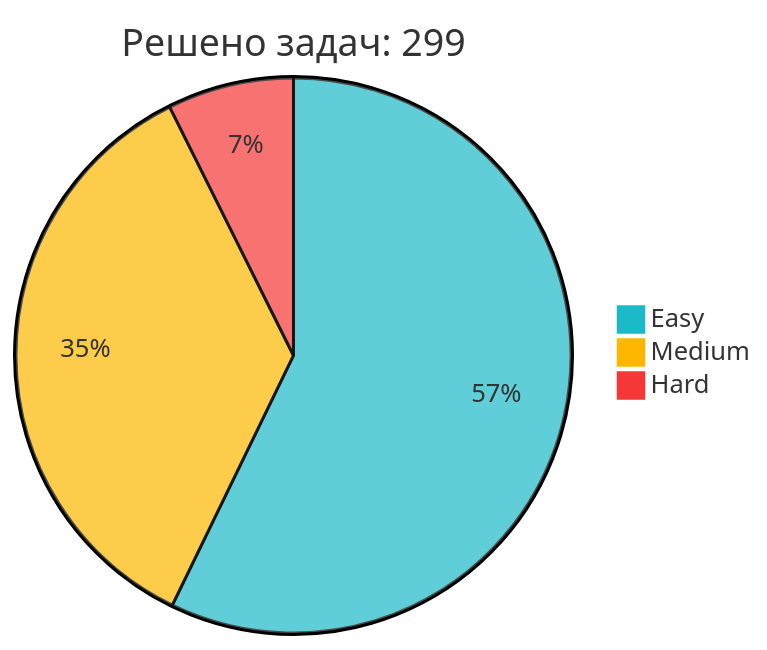
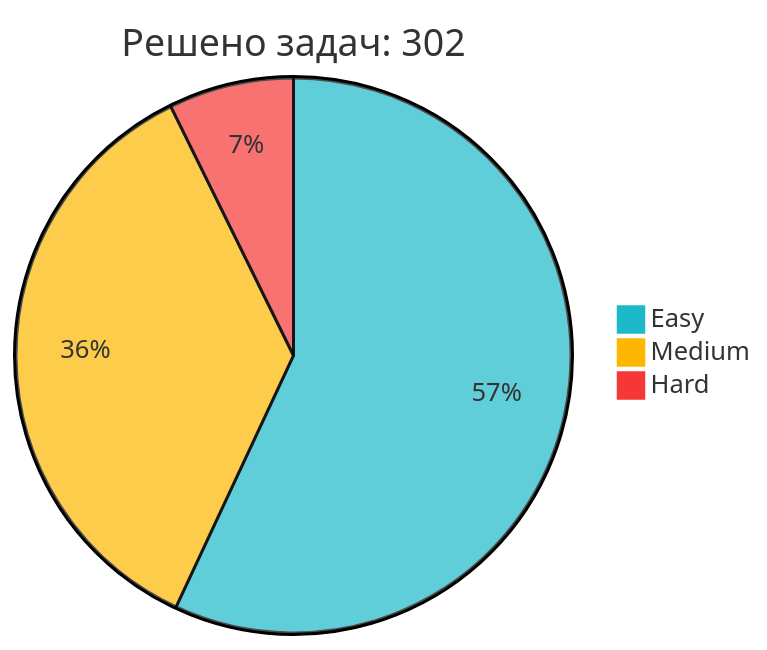
The diagram in README.md (IliaKurdukov/IliaKurdukov), drawn with Mermaid before and after one commit. The commit also changed other lines of this file, not shown here.

Commit message:
📈 Обновление статистики LeetCode

````diff
--- a/README.md
+++ b/README.md
@@ -51,7 +51,7 @@
 ```mermaid
 %%{init: {'theme': 'base', 'themeVariables': { 'pie1': '#1CBAC8', 'pie2': '#FEB700', 'pie3': '#F63737' }, 'config': {'width': 300, 'height': 200}}}%%
-pie title Решено задач: 299
-   "Easy" : 171
-   "Medium" : 106
+pie title Решено задач: 302
+   "Easy" : 172
+   "Medium" : 108
    "Hard" : 22
 ```
````
